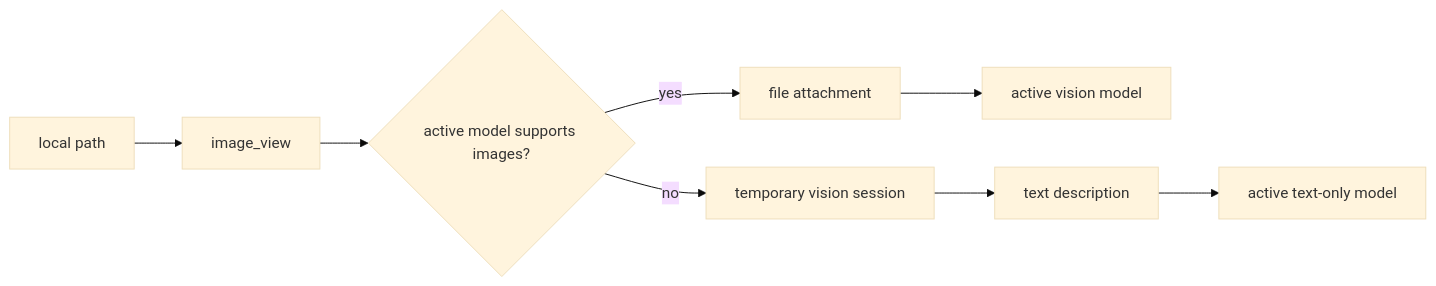
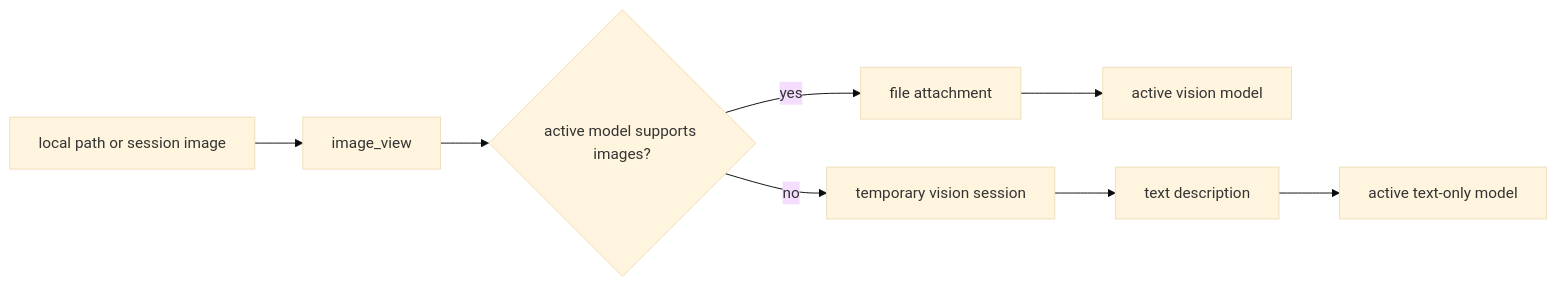
The diagram in README.md (Krablante/opencode-see), drawn with Mermaid (base theme) before and after one commit. The commit also changed other lines of this file and 17 other files, not shown here.

````diff
--- a/README.md
+++ b/README.md
@@ -52,10 +54,10 @@
 ```mermaid
 flowchart LR
-  P[local path] --> T[image_view]
+  P[local path or session image] --> T[image_view]
   T --> C{active model supports images?}
   C -->|yes| A[file attachment]
   A --> M[active vision model]
   C -->|no| D[temporary vision session]
   D --> X[text description]
   X --> N[active text-only model]
 ```
````
